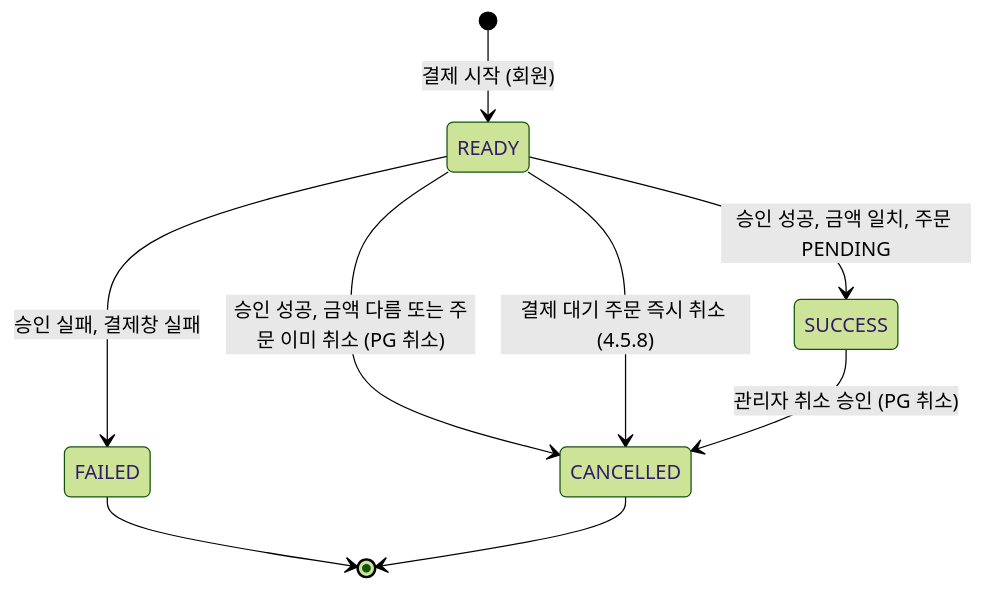
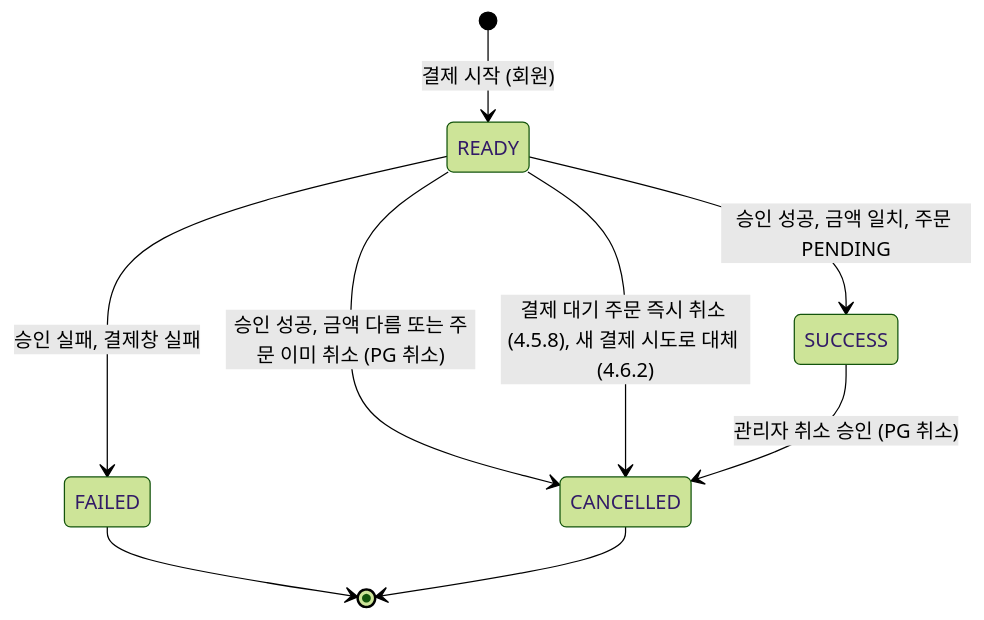
Before and after one commit to seren-wib/coffee-shop: the first of 2 diagrams in docs/specs/sdd/4-components/6-payments.md, drawn with Mermaid (forest theme). The commit also changed other lines of this file and 14 other files, not shown here.

````diff
--- a/docs/specs/sdd/4-components/6-payments.md
+++ b/docs/specs/sdd/4-components/6-payments.md
@@ -7,11 +7,11 @@
 ```mermaid
 stateDiagram-v2
   [*] --> READY: 결제 시작 (회원)
   READY --> SUCCESS: 승인 성공, 금액 일치, 주문 PENDING
   READY --> CANCELLED: 승인 성공, 금액 다름 또는 주문 이미 취소 (PG 취소)
   READY --> FAILED: 승인 실패, 결제창 실패
-  READY --> CANCELLED: 결제 대기 주문 즉시 취소 (4.5.8)
+  READY --> CANCELLED: 결제 대기 주문 즉시 취소 (4.5.8), 새 결제 시도로 대체 (4.6.2)
   SUCCESS --> CANCELLED: 관리자 취소 승인 (PG 취소)
   FAILED --> [*]
   CANCELLED --> [*]
 ```
````
